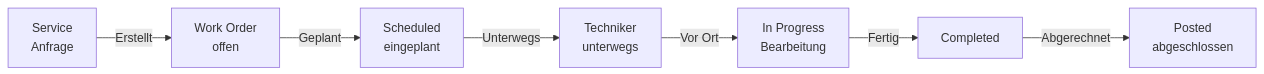
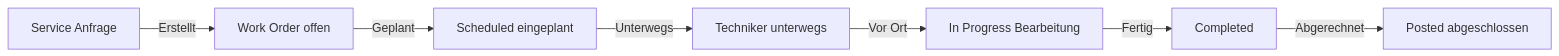
Before and after one commit to SoniiiT/notes-n-docs: the first of 5 diagrams in Microsoft 365/Dynamics 365/Dynamics 365 Field Service.md, drawn with Mermaid. The commit also changed other lines of this file and 124 other files, not shown here.

First line of the commit message:
fix: Entferne \n aus allen Mermaid-Diagrammen (125 Dateien)

````diff
--- a/Microsoft 365/Dynamics 365/Dynamics 365 Field Service.md
+++ b/Microsoft 365/Dynamics 365/Dynamics 365 Field Service.md
@@ -27,9 +27,9 @@
 ```mermaid
 graph LR
-    REQ[Service\nAnfrage] -->|Erstellt| WO[Work Order\noffen]
-    WO -->|Geplant| SC[Scheduled\neingeplant]
-    SC -->|Unterwegs| TRV[Techniker\nunterwegs]
-    TRV -->|Vor Ort| IP[In Progress\nBearbeitung]
+    REQ[Service Anfrage] -->|Erstellt| WO[Work Order offen]
+    WO -->|Geplant| SC[Scheduled eingeplant]
+    SC -->|Unterwegs| TRV[Techniker unterwegs]
+    TRV -->|Vor Ort| IP[In Progress Bearbeitung]
     IP -->|Fertig| COMP[Completed]
-    COMP -->|Abgerechnet| POST[Posted\nabgeschlossen]
+    COMP -->|Abgerechnet| POST[Posted abgeschlossen]
 ```
````
